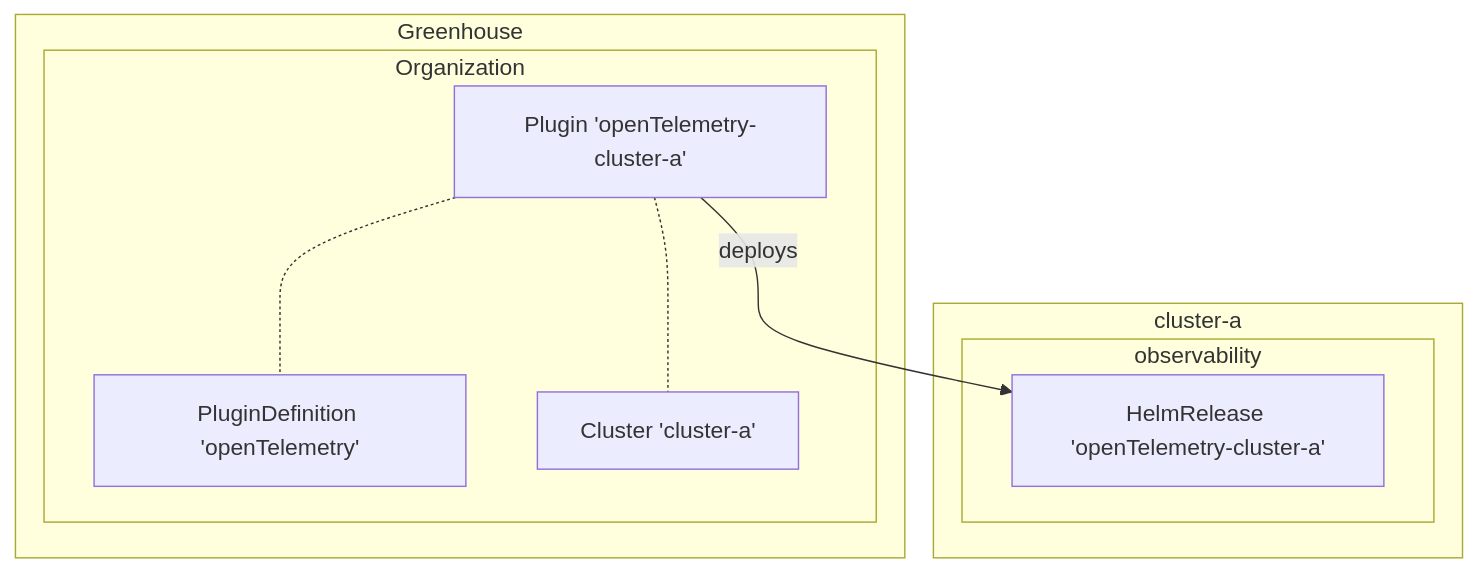
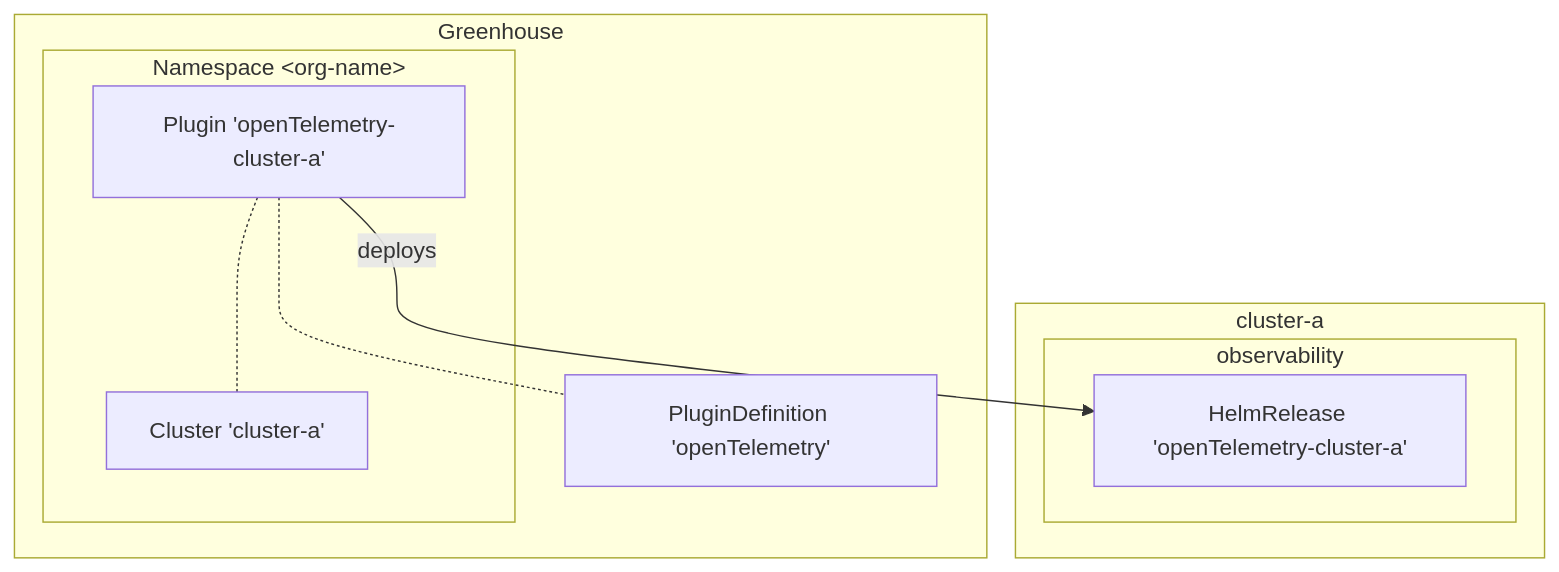
One commit to cloudoperators/greenhouse changed the first of 2 diagrams in docs/getting-started/core-concepts/plugins.md. Above: the diagram before and after it, drawn with Mermaid. The commit also changed other lines of this file and 4 other files, not shown here.

````diff
--- a/docs/getting-started/core-concepts/plugins.md
+++ b/docs/getting-started/core-concepts/plugins.md
@@ -17,20 +19,21 @@
 ```mermaid
 flowchart TB
   subgraph "Greenhouse" 
-    subgraph "Organization" 
-        pluginDefinition[PluginDefinition 'openTelemetry']
+    pluginDefinition[PluginDefinition 'openTelemetry']
+    
+    subgraph "Namespace &lt;org-name&gt;" 
         clusterA[Cluster 'cluster-a']
         plugin1[Plugin 'openTelemetry-cluster-a']
     end
   end
 
   subgraph "cluster-a"
     subgraph "observability"
       plugin1HelmRelease[HelmRelease 'openTelemetry-cluster-a']
     end
   end
 
   plugin1 -.- clusterA
   plugin1 -.- pluginDefinition
   plugin1 --"deploys"--> plugin1HelmRelease
 ```
````
